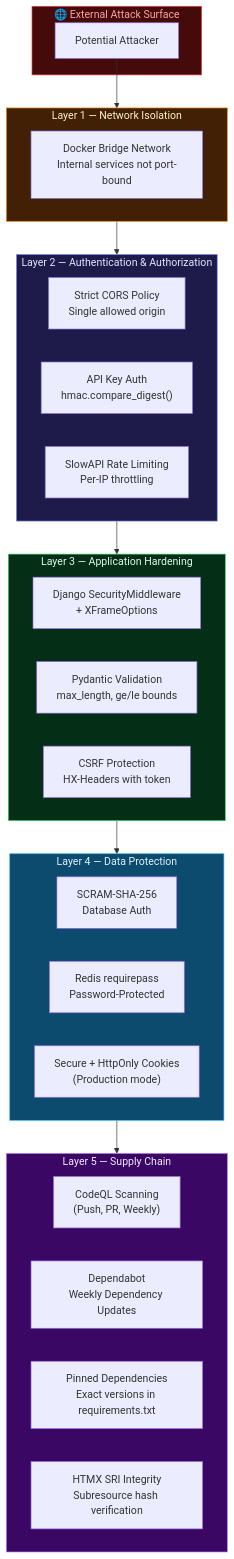
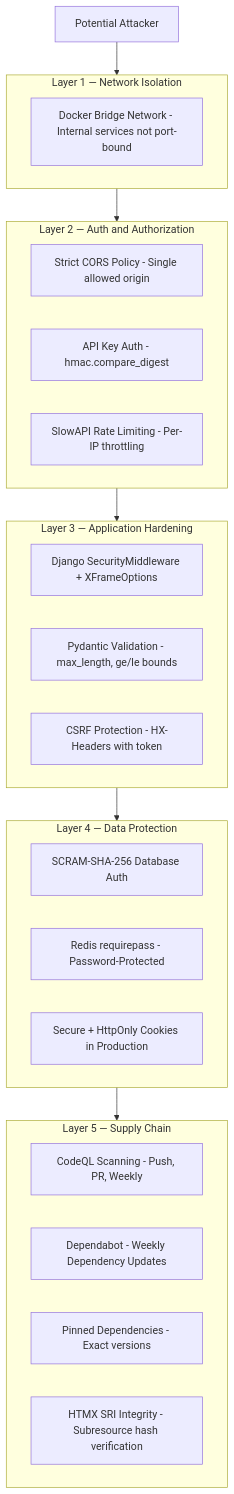
The sixth of 8 diagrams in README.md (tedaks/project), drawn with Mermaid before and after one commit. The commit also changed other lines of this file, not shown here.

Commit message:
docs: update Mermaid diagrams for clarity and refine various textual descriptions.

````diff
--- a/README.md
+++ b/README.md
@@ -499,48 +481,39 @@
 ```mermaid
 graph TB
-    subgraph External["🌐 External Attack Surface"]
-        Attacker["Potential Attacker"]
+    AttackerNode["Potential Attacker"]
+
+    subgraph L1["Layer 1 — Network Isolation"]
+        Net1["Docker Bridge Network - Internal services not port-bound"]
     end
 
-    subgraph DefenseLayer1["Layer 1 — Network Isolation"]
-        DockerNet["Docker Bridge Network<br/>Internal services not port-bound"]
+    subgraph L2["Layer 2 — Auth and Authorization"]
+        CorsNode["Strict CORS Policy - Single allowed origin"]
+        ApiKeyNode["API Key Auth - hmac.compare_digest"]
+        RateLimitNode["SlowAPI Rate Limiting - Per-IP throttling"]
     end
 
-    subgraph DefenseLayer2["Layer 2 — Authentication & Authorization"]
-        CORS["Strict CORS Policy<br/>Single allowed origin"]
-        APIKey["API Key Auth<br/>hmac.compare_digest()"]
-        RateLimit["SlowAPI Rate Limiting<br/>Per-IP throttling"]
+    subgraph L3["Layer 3 — Application Hardening"]
+        SecurityMwNode["Django SecurityMiddleware + XFrameOptions"]
+        InputValNode["Pydantic Validation - max_length, ge/le bounds"]
+        CsrfNode["CSRF Protection - HX-Headers with token"]
     end
 
-    subgraph DefenseLayer3["Layer 3 — Application Hardening"]
-        SecurityMW["Django SecurityMiddleware<br/>+ XFrameOptions"]
-        InputVal["Pydantic Validation<br/>max_length, ge/le bounds"]
-        CSRF["CSRF Protection<br/>HX-Headers with token"]
+    subgraph L4["Layer 4 — Data Protection"]
+        ScramNode["SCRAM-SHA-256 Database Auth"]
+        RedisAuthNode["Redis requirepass - Password-Protected"]
+        CookiesNode["Secure + HttpOnly Cookies in Production"]
     end
 
-    subgraph DefenseLayer4["Layer 4 — Data Protection"]
-        SCRAM["SCRAM-SHA-256<br/>Database Auth"]
-        RedisAuth["Redis requirepass<br/>Password-Protected"]
-        Cookies["Secure + HttpOnly Cookies<br/>(Production mode)"]
+    subgraph L5["Layer 5 — Supply Chain"]
+        CodeQlNode["CodeQL Scanning - Push, PR, Weekly"]
+        DependabotNode["Dependabot - Weekly Dependency Updates"]
+        PinnedNode["Pinned Dependencies - Exact versions"]
+        SriNode["HTMX SRI Integrity - Subresource hash verification"]
     end
 
-    subgraph DefenseLayer5["Layer 5 — Supply Chain"]
-        CodeQL["CodeQL Scanning<br/>(Push, PR, Weekly)"]
-        Dependabot["Dependabot<br/>Weekly Dependency Updates"]
-        Pinned["Pinned Dependencies<br/>Exact versions in requirements.txt"]
-        SRI["HTMX SRI Integrity<br/>Subresource hash verification"]
-    end
-
-    Attacker --> DefenseLayer1
-    DefenseLayer1 --> DefenseLayer2
-    DefenseLayer2 --> DefenseLayer3
-    DefenseLayer3 --> DefenseLayer4
-    DefenseLayer4 --> DefenseLayer5
-
-    style External fill:#450a0a,stroke:#ef4444,color:#fca5a5
-    style DefenseLayer1 fill:#422006,stroke:#f59e0b,color:#fef3c7
-    style DefenseLayer2 fill:#1e1b4b,stroke:#818cf8,color:#e0e7ff
-    style DefenseLayer3 fill:#052e16,stroke:#4ade80,color:#dcfce7
-    style DefenseLayer4 fill:#0c4a6e,stroke:#38bdf8,color:#e0f2fe
-    style DefenseLayer5 fill:#3b0764,stroke:#c084fc,color:#f3e8ff
+    AttackerNode --> L1
+    L1 --> L2
+    L2 --> L3
+    L3 --> L4
+    L4 --> L5
 ```
````
